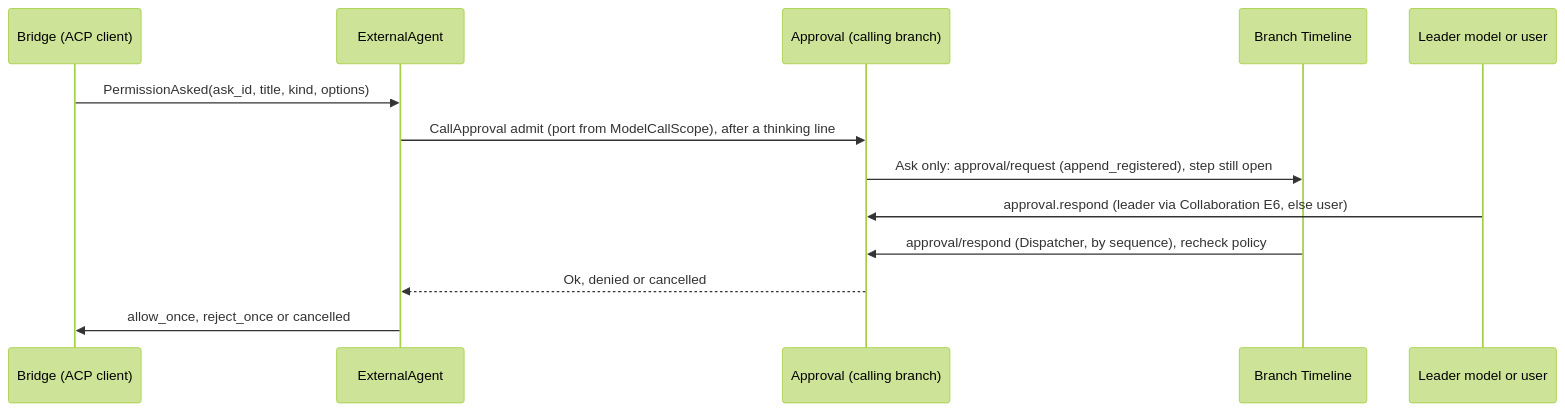
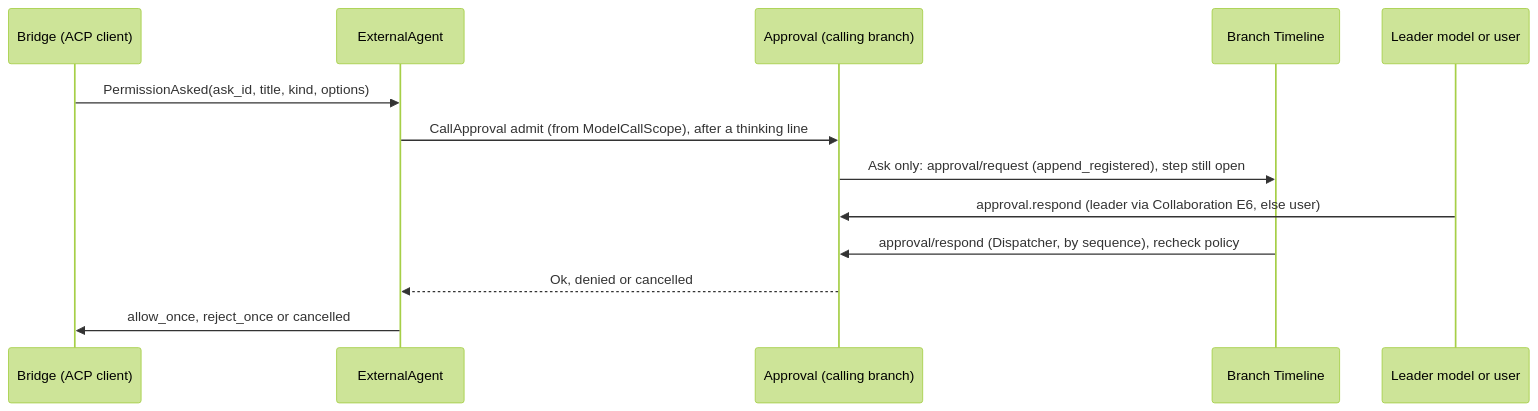
Before and after one commit to CoutinhoTTS/dim-agent: the fourth of 5 diagrams in docs/design/plugins/ExternalAgent.md, drawn with Mermaid (forest theme). The commit also changed other lines of this file and 3 other files, not shown here.

````diff
--- a/docs/design/plugins/ExternalAgent.md
+++ b/docs/design/plugins/ExternalAgent.md
@@ -134,15 +130,15 @@
 ```mermaid
 sequenceDiagram
   participant BR as Bridge (ACP client)
   participant EA as ExternalAgent
   participant AP as Approval (calling branch)
   participant TL as Branch Timeline
   participant U as Leader model or user
   BR->>EA: PermissionAsked(ask_id, title, kind, options)
-  EA->>AP: CallApproval admit (port from ModelCallScope), after a thinking line
+  EA->>AP: CallApproval admit (from ModelCallScope), after a thinking line
   AP->>TL: Ask only: approval/request (append_registered), step still open
   U->>AP: approval.respond (leader via Collaboration E6, else user)
   TL->>AP: approval/respond (Dispatcher, by sequence), recheck policy
   AP-->>EA: Ok, denied or cancelled
   EA->>BR: allow_once, reject_once or cancelled
 ```
````
